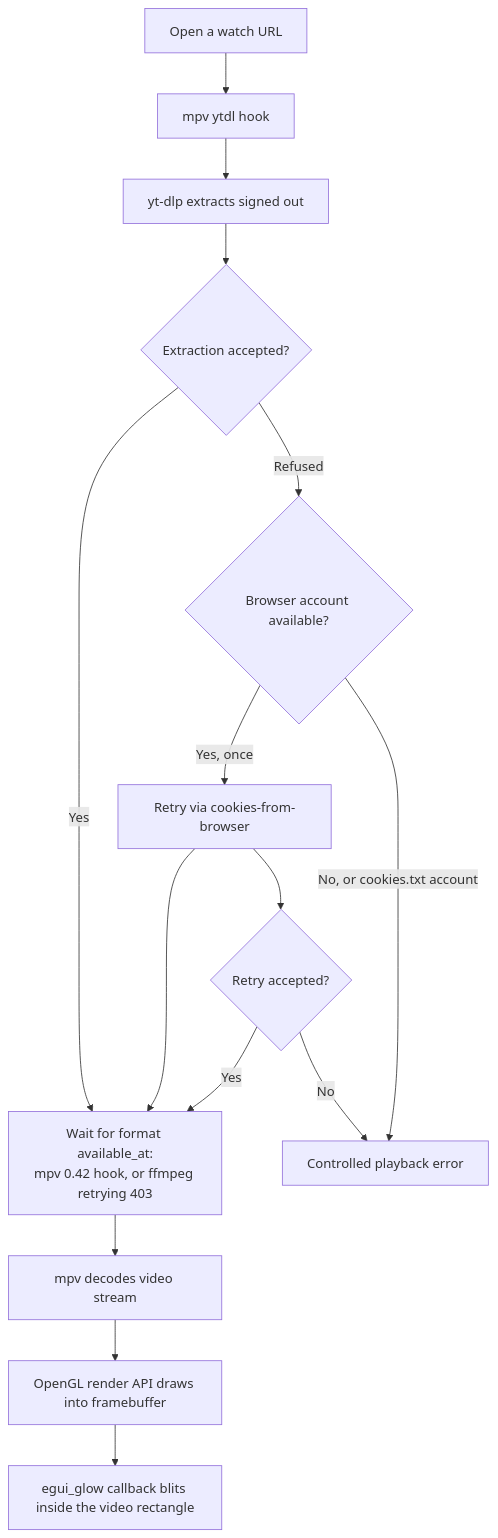
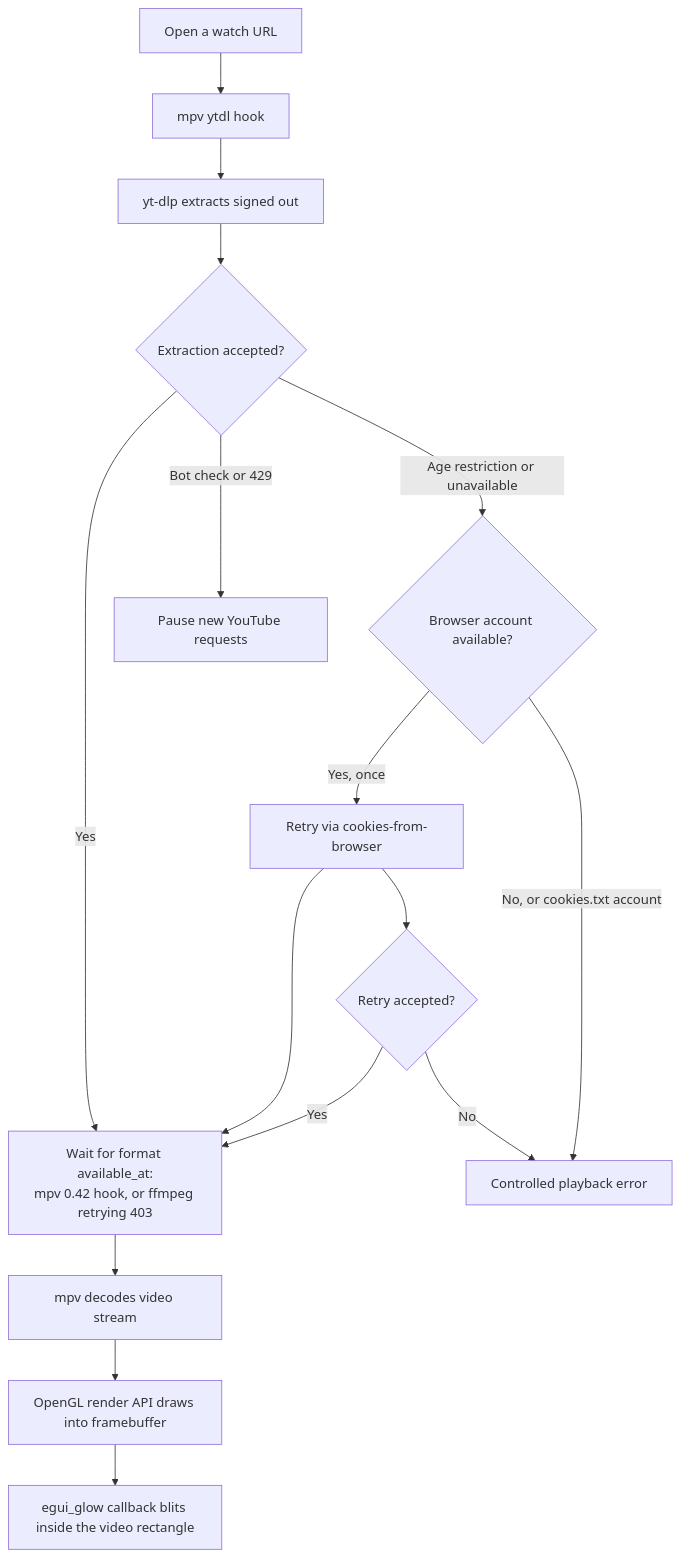
The third of 10 diagrams in docs/ARCHITECTURE.md (bcosta19/youtfast), drawn with Mermaid before and after one commit. The commit also changed other lines of this file and 53 other files, not shown here.

````diff
--- a/docs/ARCHITECTURE.md
+++ b/docs/ARCHITECTURE.md
@@ -107,17 +107,18 @@
 ```mermaid
 flowchart TB
     Open[Open a watch URL] --> Hook[mpv ytdl hook]
     Hook --> Extract[yt-dlp extracts signed out]
     Extract --> Result{Extraction accepted?}
     Result -->|Yes| Wait[Wait for format available_at:<br/>mpv 0.42 hook, or ffmpeg retrying 403]
-    Result -->|Refused| Account{Browser account available?}
+    Result -->|Bot check or 429| Cooldown[Pause new YouTube requests]
+    Result -->|Age restriction or unavailable| Account{Browser account available?}
     Account -->|Yes, once| Retry[Retry via cookies-from-browser]
     Retry --> Wait
     Account -->|No, or cookies.txt account| Error[Controlled playback error]
     Retry --> RetryResult{Retry accepted?}
     RetryResult -->|Yes| Wait
     RetryResult -->|No| Error
     Wait --> Decode[mpv decodes video stream]
     Decode --> FBO[OpenGL render API draws into framebuffer]
     FBO --> Blit[egui_glow callback blits inside the video rectangle]
 ```
````
